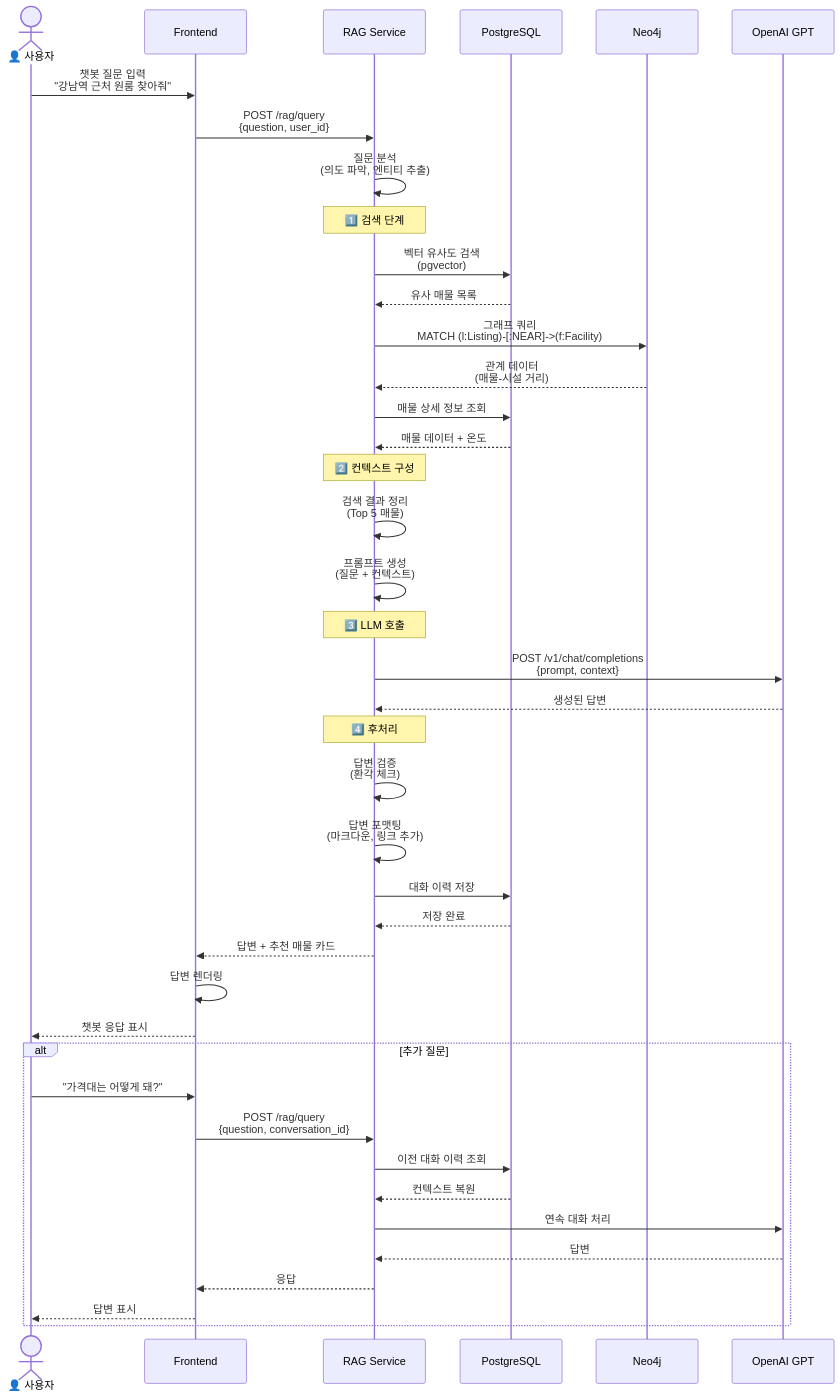
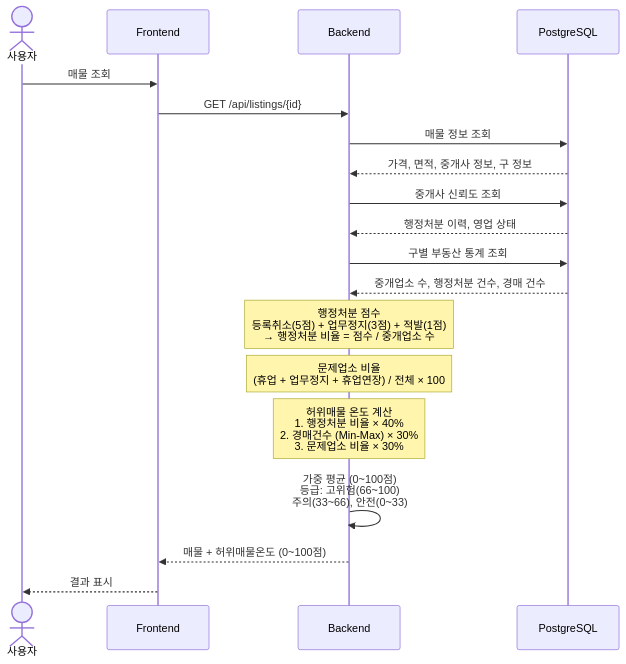
One commit to eunjeong0911/Property-recommend changed the sixth of 8 diagrams in docs/Architecture_Diagrams.md. Above: the diagram before and after it, drawn with Mermaid. The commit also changed other lines of this file and 4 other files, not shown here.

Commit message:
feat: 중개사 신뢰도 모델 데이터 전처리 파일 작성중

````diff
--- a/docs/Architecture_Diagrams.md
+++ b/docs/Architecture_Diagrams.md
@@ -268,54 +208,30 @@
 ```mermaid
 sequenceDiagram
-    actor User as 👤 사용자
+    actor User as 사용자
     participant FE as Frontend
-    participant RAG as RAG Service
+    participant BE as Backend
     participant DB as PostgreSQL
-    participant Graph as Neo4j
-    participant LLM as OpenAI GPT
     
-    User->>FE: 챗봇 질문 입력<br/>"강남역 근처 원룸 찾아줘"
-    FE->>RAG: POST /rag/query<br/>{question, user_id}
+    User->>FE: 매물 조회
+    FE->>BE: GET /api/listings/{id}
     
-    RAG->>RAG: 질문 분석<br/>(의도 파악, 엔티티 추출)
+    BE->>DB: 매물 정보 조회
+    DB-->>BE: 가격, 면적, 중개사 정보, 구 정보
     
-    Note over RAG: 1️⃣ 검색 단계
-    RAG->>DB: 벡터 유사도 검색<br/>(pgvector)
-    DB-->>RAG: 유사 매물 목록
+    BE->>DB: 중개사 신뢰도 조회
+    DB-->>BE: 행정처분 이력, 영업 상태
     
-    RAG->>Graph: 그래프 쿼리<br/>MATCH (l:Listing)-[:NEAR]->(f:Facility)
-    Graph-->>RAG: 관계 데이터<br/>(매물-시설 거리)
+    BE->>DB: 구별 부동산 통계 조회
+    DB-->>BE: 중개업소 수, 행정처분 건수, 경매 건수
     
-    RAG->>DB: 매물 상세 정보 조회
-    DB-->>RAG: 매물 데이터 + 온도
+    Note over BE: 행정처분 점수<br/>등록취소(5점) + 업무정지(3점) + 적발(1점)<br/>→ 행정처분 비율 = 점수 / 중개업소 수
     
-    Note over RAG: 2️⃣ 컨텍스트 구성
-    RAG->>RAG: 검색 결과 정리<br/>(Top 5 매물)
-    RAG->>RAG: 프롬프트 생성<br/>(질문 + 컨텍스트)
+    Note over BE: 문제업소 비율<br/>(휴업 + 업무정지 + 휴업연장) / 전체 × 100
     
-    Note over RAG: 3️⃣ LLM 호출
-    RAG->>LLM: POST /v1/chat/completions<br/>{prompt, context}
-    LLM-->>RAG: 생성된 답변
+    Note over BE: 허위매물 온도 계산<br/>1. 행정처분 비율 × 40%<br/>2. 경매건수 (Min-Max) × 30%<br/>3. 문제업소 비율 × 30%
     
-    Note over RAG: 4️⃣ 후처리
-    RAG->>RAG: 답변 검증<br/>(환각 체크)
-    RAG->>RAG: 답변 포맷팅<br/>(마크다운, 링크 추가)
+    BE->>BE: 가중 평균 (0~100점)<br/>등급: 고위험(66~100)<br/>주의(33~66), 안전(0~33)
     
-    RAG->>DB: 대화 이력 저장
-    DB-->>RAG: 저장 완료
-    
-    RAG-->>FE: 답변 + 추천 매물 카드
-    FE->>FE: 답변 렌더링
-    FE-->>User: 챗봇 응답 표시
-    
-    alt 추가 질문
-        User->>FE: "가격대는 어떻게 돼?"
-        FE->>RAG: POST /rag/query<br/>{question, conversation_id}
-        RAG->>DB: 이전 대화 이력 조회
-        DB-->>RAG: 컨텍스트 복원
-        RAG->>LLM: 연속 대화 처리
-        LLM-->>RAG: 답변
-        RAG-->>FE: 응답
-        FE-->>User: 답변 표시
-    end
+    BE-->>FE: 매물 + 허위매물온도 (0~100점)
+    FE-->>User: 결과 표시
 ```
````
